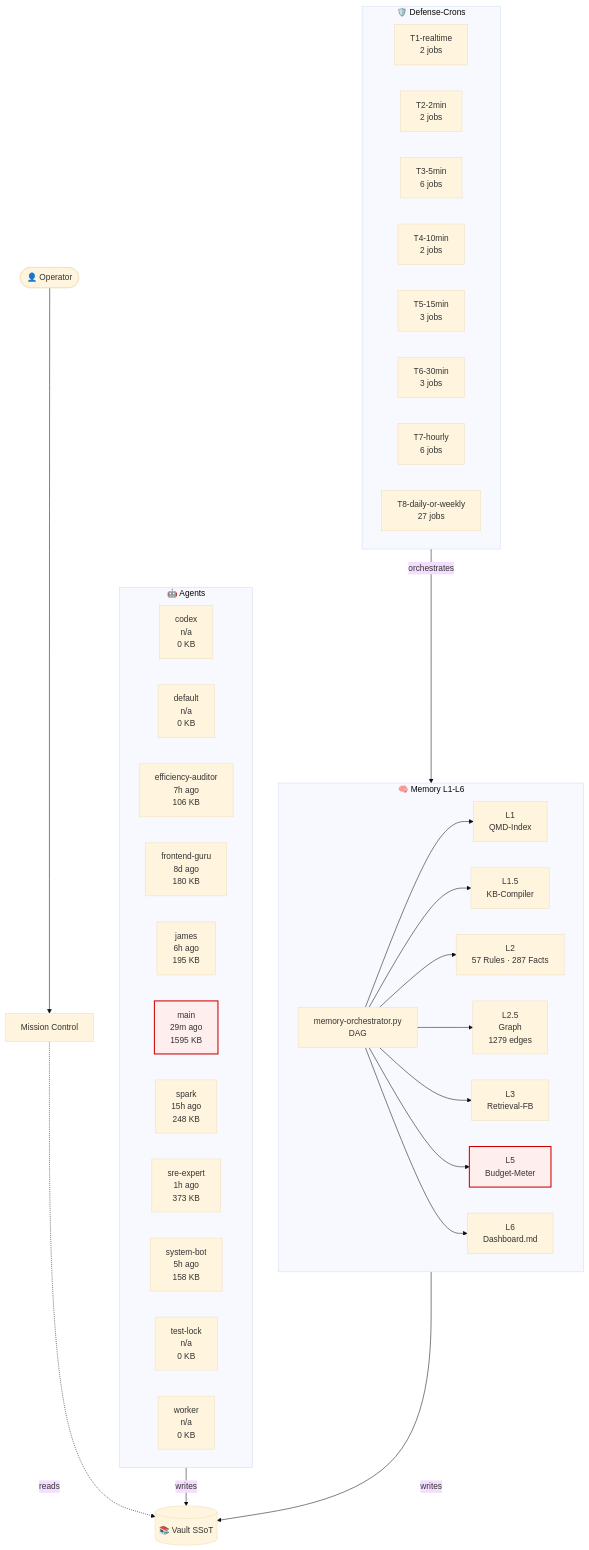
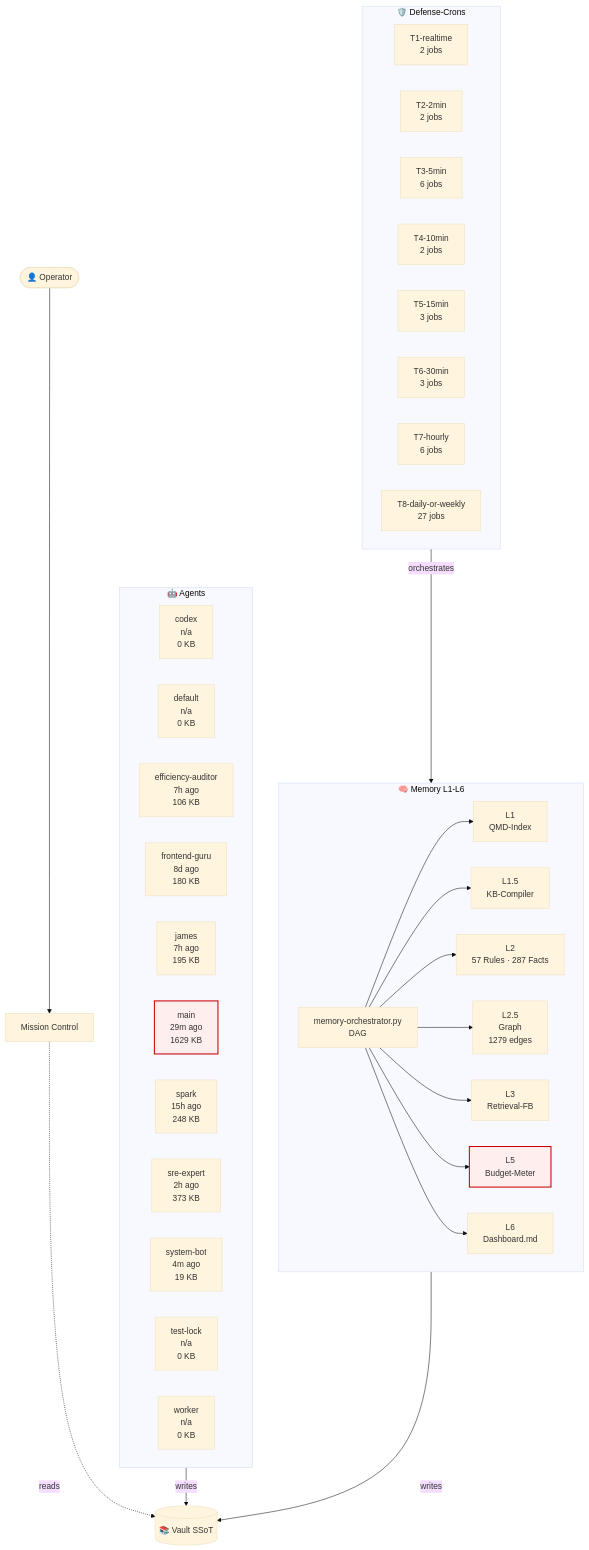
One commit to lenardhuebner88-rgb/openclaw-memory changed the diagram in 03-Agents/architecture-live.md. Above: the diagram before and after it, drawn with Mermaid (base theme). The commit also changed other lines of this file and 13 other files, not shown here.

````diff
--- a/03-Agents/architecture-live.md
+++ b/03-Agents/architecture-live.md
@@ -18,54 +18,54 @@
 ```mermaid
 flowchart TB
     classDef critical fill:#fee,stroke:#c00,stroke-width:2px;
     subgraph AGT["🤖 Agents"]
         agent_codex["codex<br/>n/a<br/>0 KB"]
         agent_default["default<br/>n/a<br/>0 KB"]
         agent_efficiency_auditor["efficiency-auditor<br/>7h ago<br/>106 KB"]
         agent_frontend_guru["frontend-guru<br/>8d ago<br/>180 KB"]
-        agent_james["james<br/>6h ago<br/>195 KB"]
-        agent_main["main<br/>29m ago<br/>1595 KB"]
+        agent_james["james<br/>7h ago<br/>195 KB"]
+        agent_main["main<br/>29m ago<br/>1629 KB"]
         agent_spark["spark<br/>15h ago<br/>248 KB"]
-        agent_sre_expert["sre-expert<br/>1h ago<br/>373 KB"]
-        agent_system_bot["system-bot<br/>5h ago<br/>158 KB"]
+        agent_sre_expert["sre-expert<br/>2h ago<br/>373 KB"]
+        agent_system_bot["system-bot<br/>4m ago<br/>19 KB"]
         agent_test_lock["test-lock<br/>n/a<br/>0 KB"]
         agent_worker["worker<br/>n/a<br/>0 KB"]
     end
     subgraph MEM["🧠 Memory L1-L6"]
         L1["L1<br/>QMD-Index"]
         L15["L1.5<br/>KB-Compiler"]
         L2["L2<br/>57 Rules · 287 Facts"]
         L25["L2.5<br/>Graph<br/>1279 edges"]
         L3["L3<br/>Retrieval-FB"]
         L5["L5<br/>Budget-Meter"]
         L6["L6<br/>Dashboard.md"]
         ORCH["memory-orchestrator.py<br/>DAG"]
     end
     subgraph CRN["🛡️ Defense-Crons"]
         tier_T1_realtime["T1-realtime<br/>2 jobs"]
         tier_T2_2min["T2-2min<br/>2 jobs"]
         tier_T3_5min["T3-5min<br/>6 jobs"]
         tier_T4_10min["T4-10min<br/>2 jobs"]
         tier_T5_15min["T5-15min<br/>3 jobs"]
         tier_T6_30min["T6-30min<br/>3 jobs"]
         tier_T7_hourly["T7-hourly<br/>6 jobs"]
         tier_T8_daily_or_weekly["T8-daily-or-weekly<br/>27 jobs"]
     end
     VAULT[("📚 Vault SSoT")]
     OP([👤 Operator])
     MC["Mission Control"]
     OP --> MC
     MC -.reads.-> VAULT
     AGT -->|writes| VAULT
     MEM -->|writes| VAULT
     ORCH --> L1
     ORCH --> L15
     ORCH --> L2
     ORCH --> L25
     ORCH --> L3
     ORCH --> L5
     ORCH --> L6
     CRN -->|orchestrates| MEM
     class L5 critical
     class agent_main critical
 ```
````
